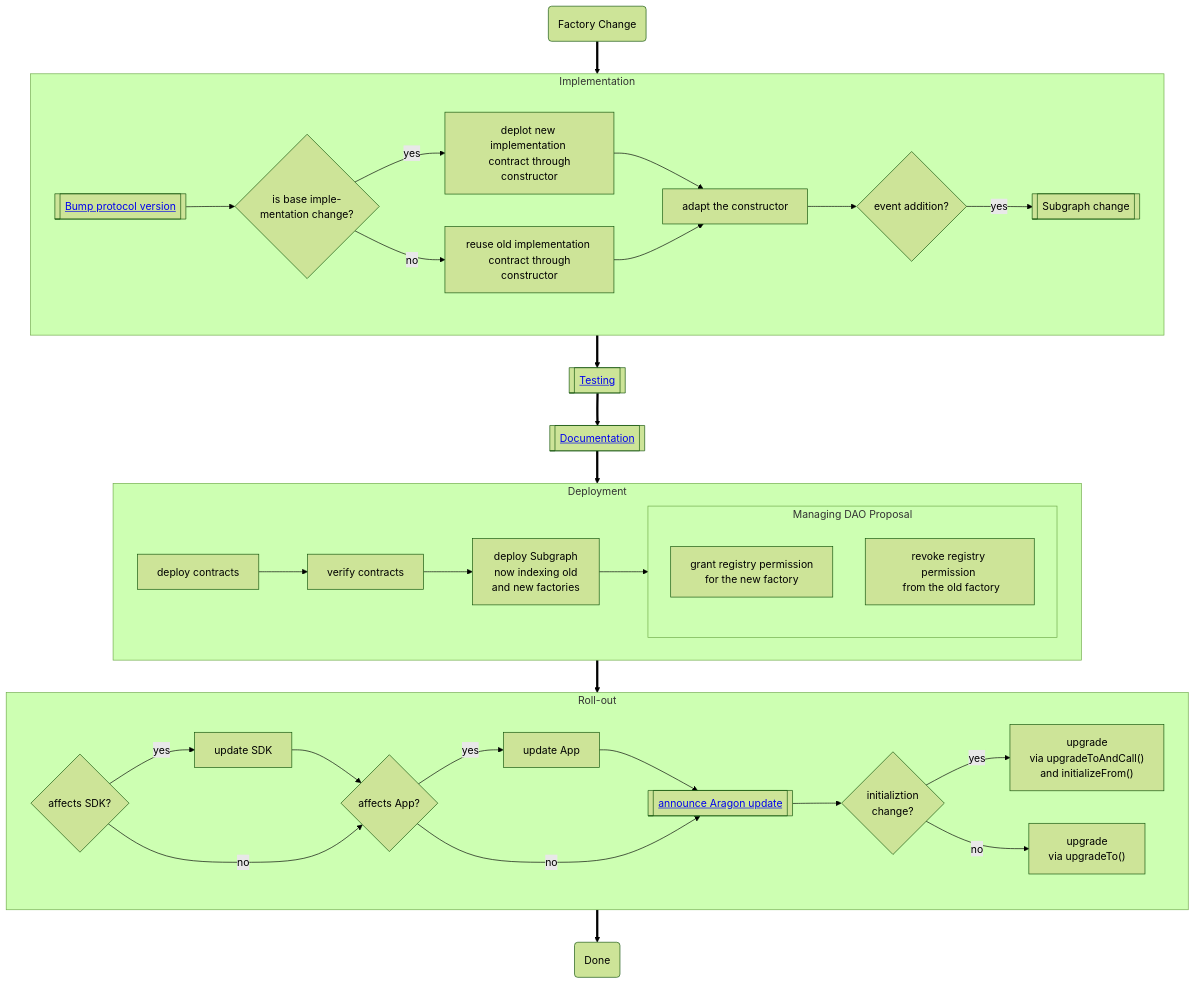
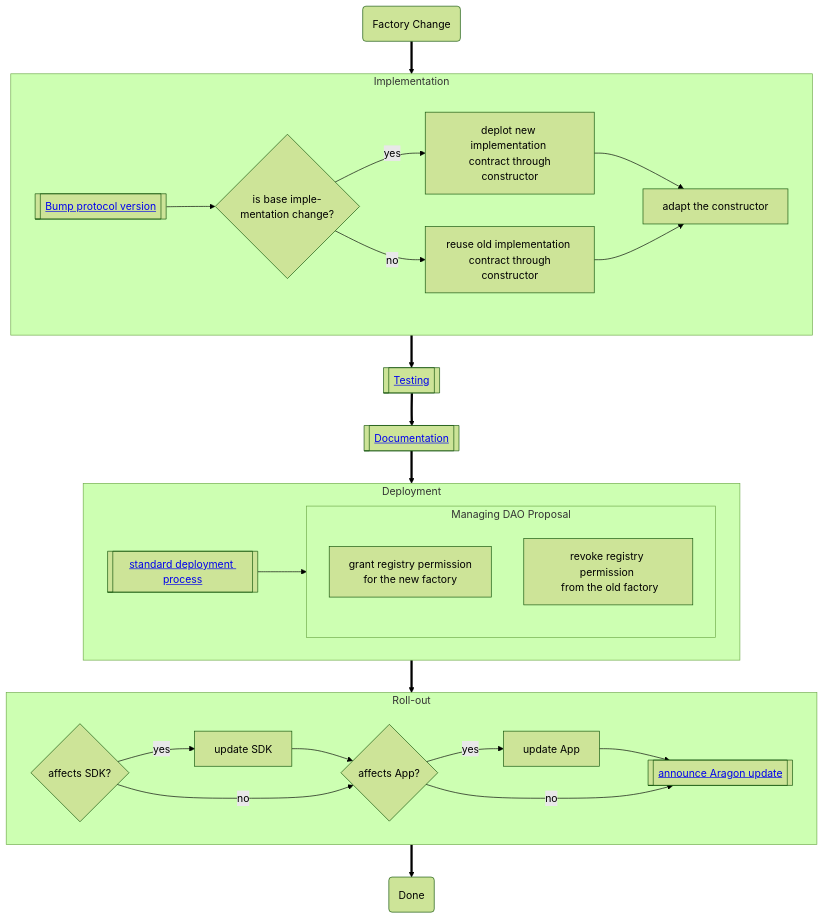
The diagram in packages/contracts/docs/developer-portal/04-framework-lifecycle/03-osx-components/01-factory-contract.md (aragon/osx), drawn with Mermaid (forest theme) before and after one commit. The commit also changed 3 other files, not shown here.

````diff
--- a/packages/contracts/docs/developer-portal/04-framework-lifecycle/03-osx-components/01-factory-contract.md
+++ b/packages/contracts/docs/developer-portal/04-framework-lifecycle/03-osx-components/01-factory-contract.md
@@ -10,79 +10,60 @@
 ```mermaid
 flowchart TD
     processStart("Factory Change")
 
     processStart ==> implementation
     subgraph implementation[Implementation]
 
         %% Standard Checks
         bumpProtocolVersion[["<a href='../03-sub-processes/01-protocol-version.md'>Bump protocol version</a>"]]
-        isEventAddition{"event addition?"}
         isBaseChange{"is base imple- \n mentation  change?"}
 
         %% Actions
         deployNewImplementation["deplot new implementation \n contract through constructor"]
         reuseOldImplementation["reuse old implementation \n contract through constructor"]
         adaptConstructor["adapt the constructor"]
 
         %% Base Change
-
         bumpProtocolVersion --> isBaseChange
         isBaseChange -->|yes| deployNewImplementation
         isBaseChange -->|no| reuseOldImplementation
         deployNewImplementation-->adaptConstructor
         reuseOldImplementation-->adaptConstructor
 
-        %% Event Change
-        adaptConstructor --> isEventAddition
-        isEventAddition -->|yes| adaptSubgraph[["Subgraph change"]]
     end
 
     implementation ==> testing[[<a href='../03-sub-processes/03-testing.md'>Testing</a>]]
-    %%subgraph testing[Testing]
-    %%end
 
     testing ==> docs[[<a href='../03-sub-processes/04-documentation.md'>Documentation</a>]]
-    %%subgraph testing[Testing]
-    %%end
 
     docs ==> deployment
     subgraph deployment[Deployment]
-        deployContract["deploy contracts"]
-        verifyContract["verify contracts"]
-
-        deploySubgraph["deploy Subgraph \n now indexing old \n and new factories"]
-
-        deployContract --> verifyContract
-        verifyContract --> deploySubgraph
-        deploySubgraph --> managingDaoProposal
+        deployContract[[<a href='../03-sub-processes/04-deployment.md'>standard deployment process</a>]]
+        deployContract --> managingDaoProposal
 
         subgraph managingDaoProposal["Managing DAO Proposal"]
             grantNewPermissions["grant registry permission \n for the new factory"]
             revokeOldPermissions["revoke registry permission \n from the old factory"]
         end
     end
 
     deployment ==> rollout
     subgraph rollout[Roll-out]
 
         sdkUpdate["update SDK"]
         affectsSDK{"affects SDK?"}
         affectsSDK -->|yes| sdkUpdate --> affectsApp
         affectsSDK -->|no| affectsApp
 
         appUpdate["update App"]
         affectsApp{"affects App?"}
         affectsApp -->|yes| appUpdate --> announceUpdate
         affectsApp -->|no| announceUpdate
 
         announceUpdate[["<a href='../04-sub-processes/06-aragon-update.md'>announce Aragon update</a>"]]
-        announceUpdate --> initializationChange
-
-        initializationChange{"initializtion \n change?"}
-        initializationChange -->|yes| upgradeToAndCall["upgrade \n via upgradeToAndCall() \n and initializeFrom()"]
-        initializationChange -->|no| upgradeTo["upgrade \n via upgradeTo()"]
+        announceUpdate
 
     end
 
     rollout ==> processEnd("Done")
 ```
````
